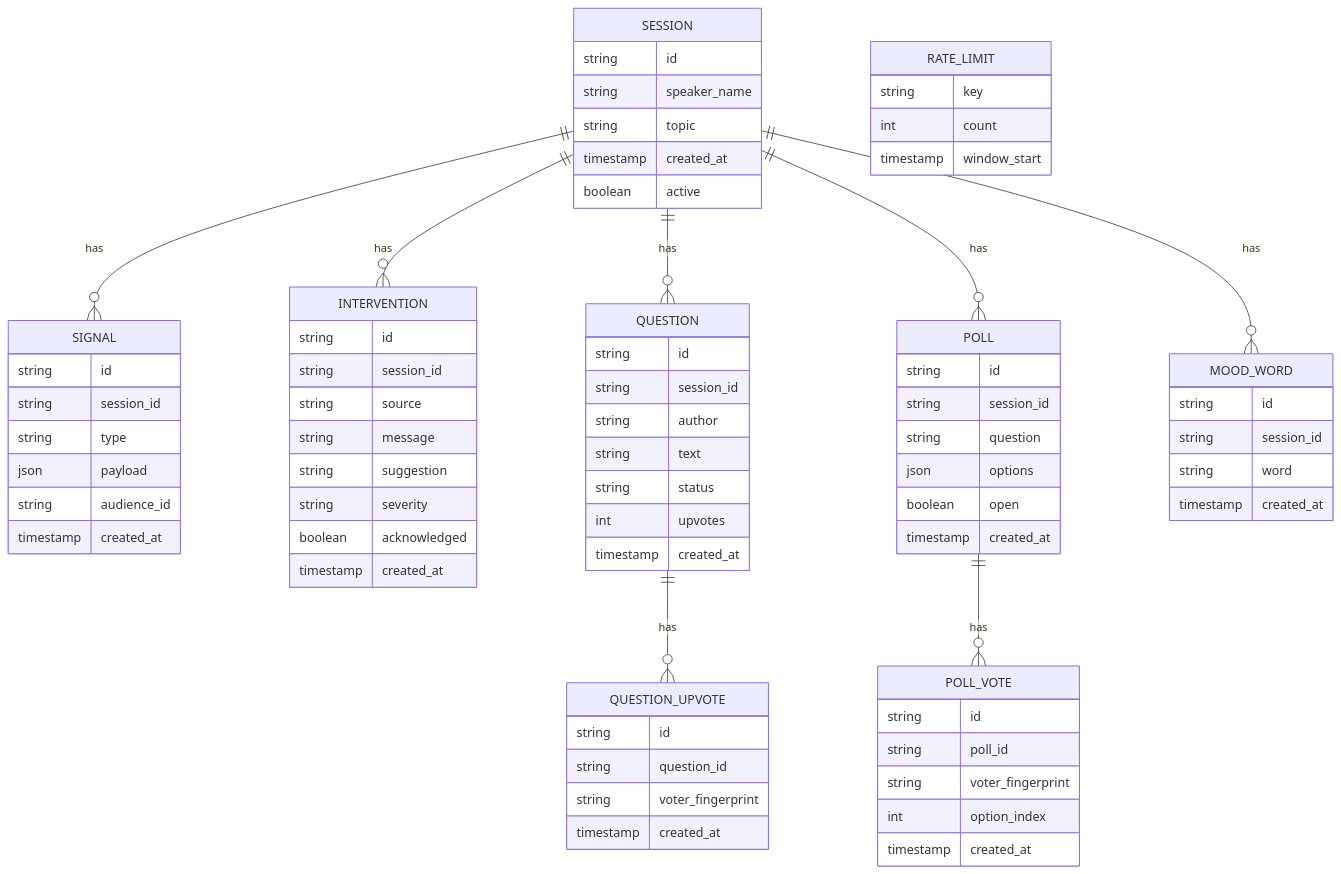
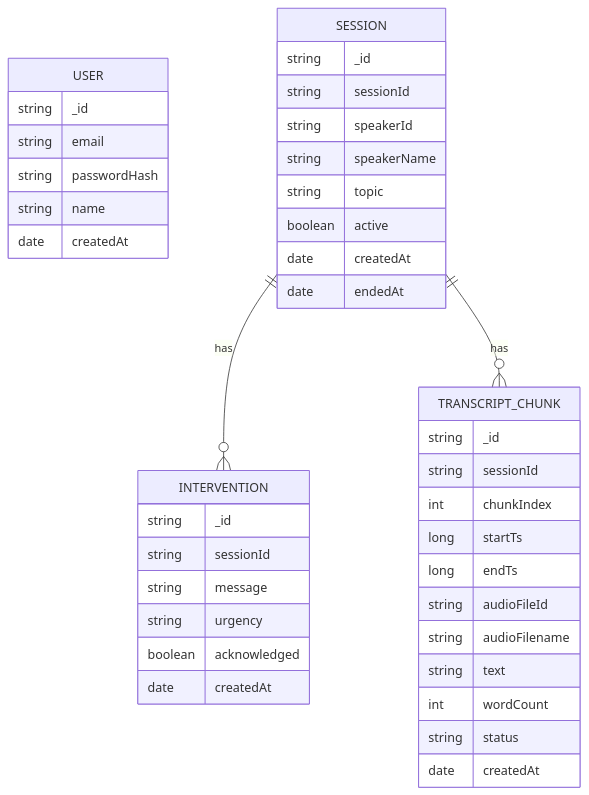
The seventh of 8 diagrams in PULSE_ARCHITECTUREPLAN.md (arvinder004/PULSE_HACKBYTE4.0), drawn with Mermaid before and after one commit. The commit also changed other lines of this file and 2 other files, not shown here.

````diff
--- a/PULSE_ARCHITECTUREPLAN.md
+++ b/PULSE_ARCHITECTUREPLAN.md
@@ -470,86 +260,47 @@
 ```mermaid
 erDiagram
-    SESSION {
-        string id
-        string speaker_name
-        string topic
-        timestamp created_at
-        boolean active
-    }
+  USER {
+    string _id
+    string email
+    string passwordHash
+    string name
+    date createdAt
+  }
 
-    SIGNAL {
-        string id
-        string session_id
-        string type
-        json payload
-        string audience_id
-        timestamp created_at
-    }
+  SESSION {
+    string _id
+    string sessionId
+    string speakerId
+    string speakerName
+    string topic
+    boolean active
+    date createdAt
+    date endedAt
+  }
 
-    INTERVENTION {
-        string id
-        string session_id
-        string source
-        string message
-        string suggestion
-        string severity
-        boolean acknowledged
-        timestamp created_at
-    }
+  INTERVENTION {
+    string _id
+    string sessionId
+    string message
+    string urgency
+    boolean acknowledged
+    date createdAt
+  }
 
-    QUESTION {
-        string id
-        string session_id
-        string author
-        string text
-        string status
-        int upvotes
-        timestamp created_at
-    }
+  TRANSCRIPT_CHUNK {
+    string _id
+    string sessionId
+    int chunkIndex
+    long startTs
+    long endTs
+    string audioFileId
+    string audioFilename
+    string text
+    int wordCount
+    string status
+    date createdAt
+  }
 
-    QUESTION_UPVOTE {
-        string id
-        string question_id
-        string voter_fingerprint
-        timestamp created_at
-    }
-
-    POLL {
-        string id
-        string session_id
-        string question
-        json options
-        boolean open
-        timestamp created_at
-    }
-
-    POLL_VOTE {
-        string id
-        string poll_id
-        string voter_fingerprint
-        int option_index
-        timestamp created_at
-    }
-
-    MOOD_WORD {
-        string id
-        string session_id
-        string word
-        timestamp created_at
-    }
-
-    RATE_LIMIT {
-        string key
-        int count
-        timestamp window_start
-    }
-
-    SESSION ||--o{ SIGNAL : has
-    SESSION ||--o{ INTERVENTION : has
-    SESSION ||--o{ QUESTION : has
-    SESSION ||--o{ POLL : has
-    SESSION ||--o{ MOOD_WORD : has
-
-    QUESTION ||--o{ QUESTION_UPVOTE : has
-    POLL ||--o{ POLL_VOTE : has
+  SESSION ||--o{ INTERVENTION : has
+  SESSION ||--o{ TRANSCRIPT_CHUNK : has
 ```
````
